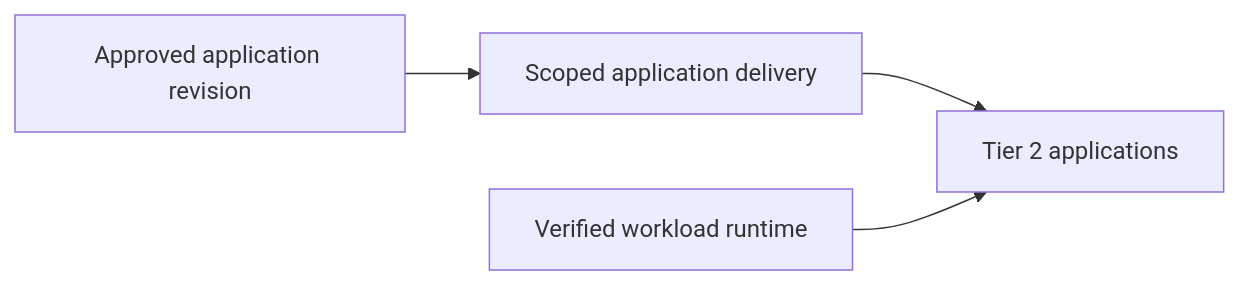
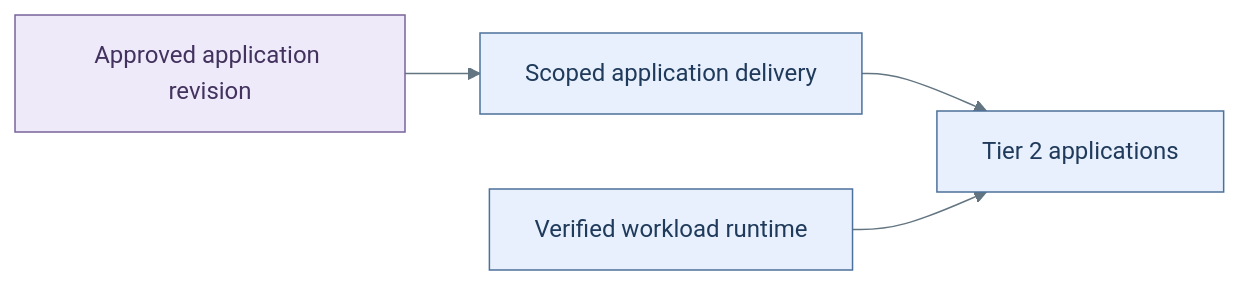
One commit to Rexus/homelab changed the third of 3 diagrams in docs/deployment/stage-6-workloads/README.md. Above: the diagram before and after it, drawn with Mermaid. The commit also changed other lines of this file and 49 other files, not shown here.

Commit message:
docs(diagrams): clarify tier layouts and visual styles

````diff
--- a/docs/deployment/stage-6-workloads/README.md
+++ b/docs/deployment/stage-6-workloads/README.md
@@ -100,6 +116,12 @@
 ```mermaid
+%%{init: {"theme":"base","themeVariables":{"lineColor":"#627581","edgeLabelBackground":"#f8fafc"}}}%%
 flowchart LR
   Source["Approved application revision"] --> GitOps["Scoped application delivery"]
   GitOps --> Apps["Tier 2 applications"]
   Runtime["Verified workload runtime"] --> Apps
+  classDef default fill:#f8fafc,stroke:#64748b,color:#1f2937
+  classDef data fill:#eeeafa,stroke:#78639b,color:#42325d
+  classDef services fill:#e7f0fc,stroke:#4d719b,color:#203a5b
+  class Source data
+  class GitOps,Apps,Runtime services
 ```
````
